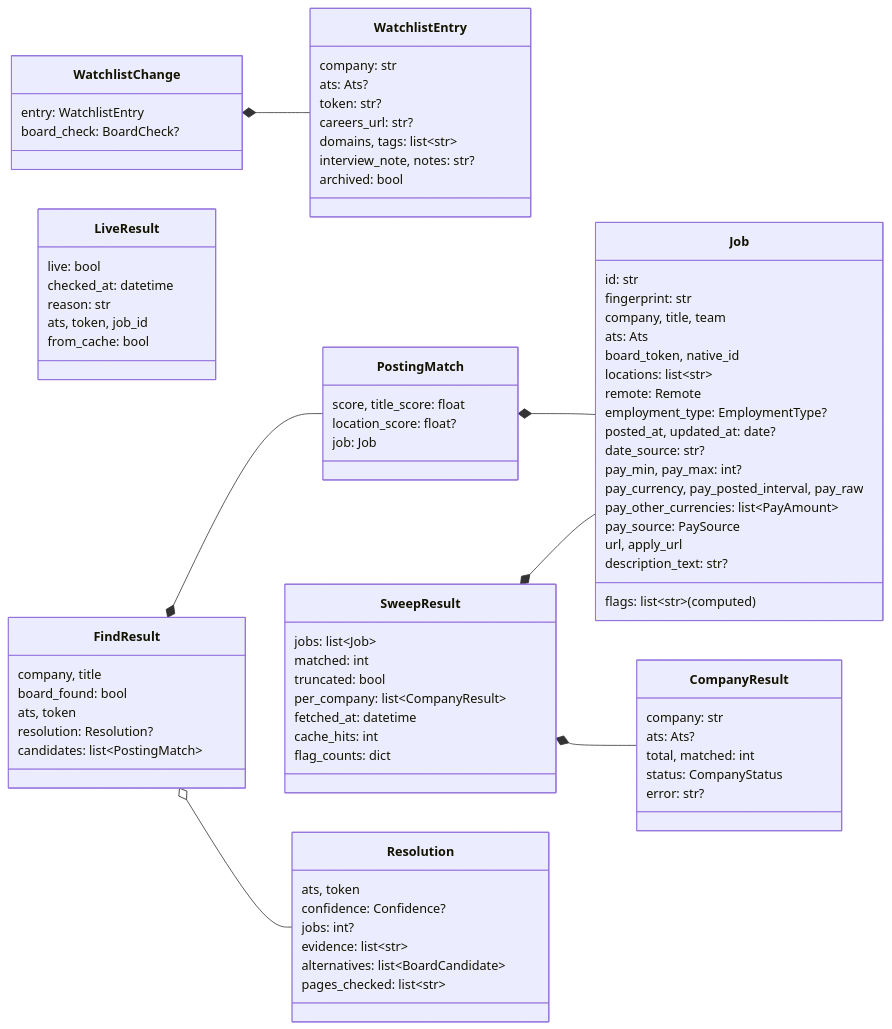
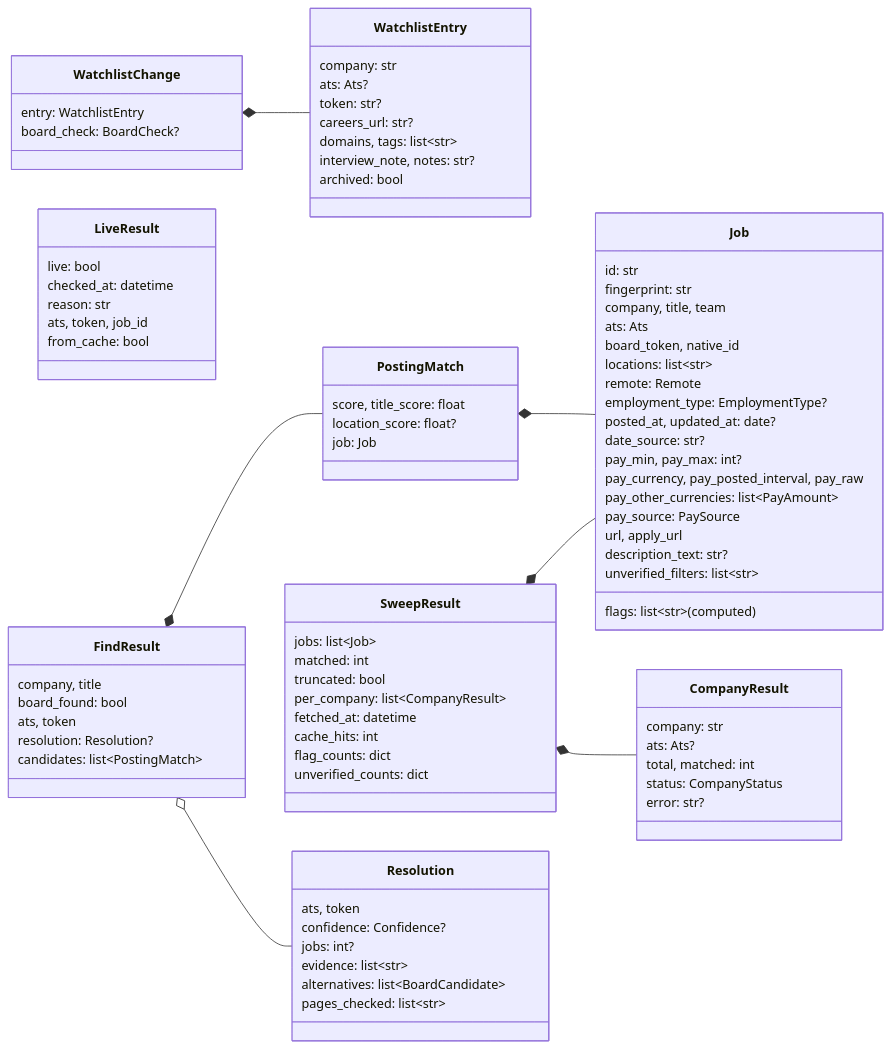
Before and after one commit to HakujouRyu/jobboard-mcp: the sixth of 7 diagrams in docs/architecture.md, drawn with Mermaid. The commit also changed other lines of this file and 12 other files, not shown here.

```diff
--- a/docs/architecture.md
+++ b/docs/architecture.md
@@ -281,6 +281,7 @@
         pay_source: PaySource
         url, apply_url
         description_text: str?
+        unverified_filters: list~str~
         flags: list~str~ (computed)
     }
     class WatchlistEntry {
@@ -300,6 +301,7 @@
         fetched_at: datetime
         cache_hits: int
         flag_counts: dict
+        unverified_counts: dict
     }
     class CompanyResult {
         company: str
```
